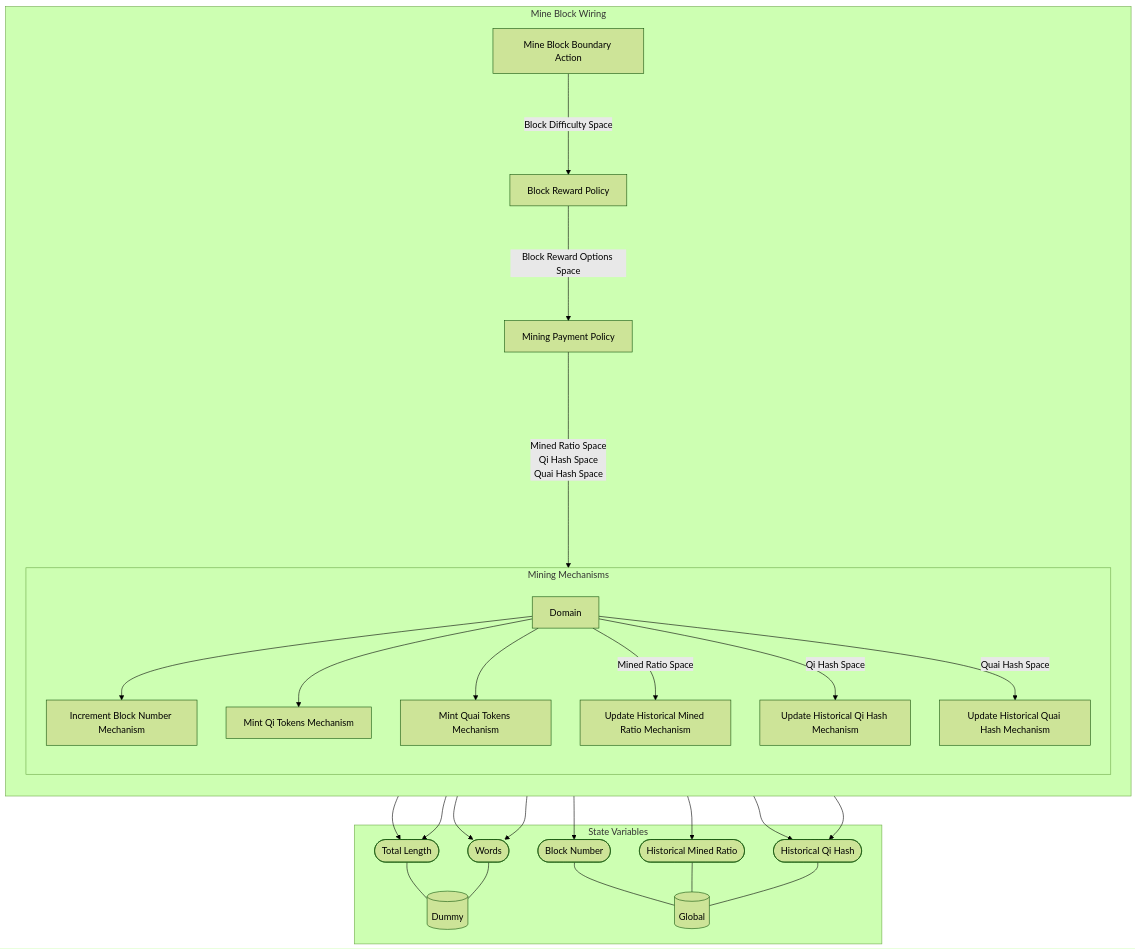
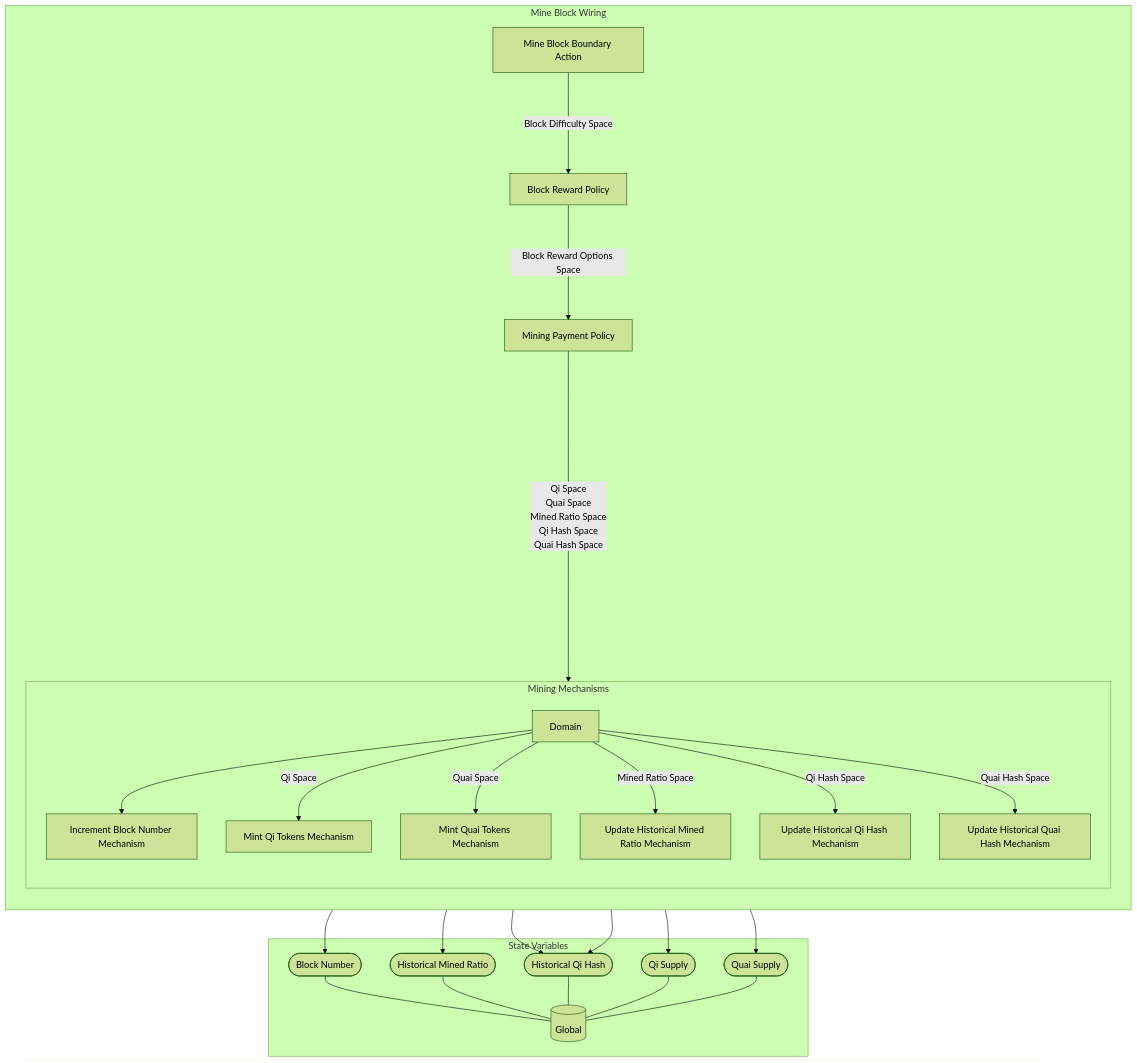
One commit to dominant-strategies/Quai-Macro-Model changed the diagram in Research/MSML Scaffold/Wiring/Mine Block Wiring.md. Above: the diagram before and after it, drawn with Mermaid (forest theme). The commit also changed other lines of this file and 33 other files, not shown here.

````diff
--- a/Research/MSML Scaffold/Wiring/Mine Block Wiring.md
+++ b/Research/MSML Scaffold/Wiring/Mine Block Wiring.md
@@ -3,57 +3,56 @@
 ```mermaid
 graph TB
 
 subgraph SVS["State Variables"]
-EE0[("Dummy")]
-EE1[("Global")]
-EES0(["Total Length"])
+EE0[("Global")]
+EES0(["Block Number"])
 EES0 --- EE0
-EES1(["Words"])
+EES1(["Historical Mined Ratio"])
 EES1 --- EE0
-EES2(["Block Number"])
-EES2 --- EE1
-EES3(["Historical Mined Ratio"])
-EES3 --- EE1
-EES4(["Historical Qi Hash"])
-EES4 --- EE1
+EES2(["Historical Qi Hash"])
+EES2 --- EE0
+EES3(["Qi Supply"])
+EES3 --- EE0
+EES4(["Quai Supply"])
+EES4 --- EE0
 end
 
 subgraph X13["Mine Block Wiring"]
 direction TB
 X1["Mine Block Boundary Action"]
 X2["Block Reward Policy"]
 X3["Mining Payment Policy"]
 subgraph X12["Mining Mechanisms"]
 direction TB
 X4["Increment Block Number Mechanism"]
-X4 --> EES2
+X4 --> EES0
 X5["Mint Qi Tokens Mechanism"]
-X5 --> EES1
-X5 --> EES0
+X5 --> EES3
 X6["Mint Quai Tokens Mechanism"]
-X6 --> EES1
-X6 --> EES0
+X6 --> EES4
 X7["Update Historical Mined Ratio Mechanism"]
-X7 --> EES3
+X7 --> EES1
 X8["Update Historical Qi Hash Mechanism"]
-X8 --> EES4
+X8 --> EES2
 X9["Update Historical Quai Hash Mechanism"]
-X9 --> EES4
+X9 --> EES2
 X10[Domain]
 
 direction LR
 direction TB
 X10 --> X4
-X10 --> X5
-X10 --> X6
+X10 --"Qi Space"--> X5
+X10 --"Quai Space"--> X6
 X10 --"Mined Ratio Space"--> X7
 X10 --"Qi Hash Space"--> X8
 X10 --"Quai Hash Space"--> X9
 end
 X1--"Block Difficulty Space"--->X2
 X2--"Block Reward Options Space"--->X3
-X3--"Mined Ratio Space
+X3--"Qi Space
+Quai Space
+Mined Ratio Space
 Qi Hash Space
-Quai Hash Space"----->X12
+Quai Hash Space"------->X12
 end
 ```
````
